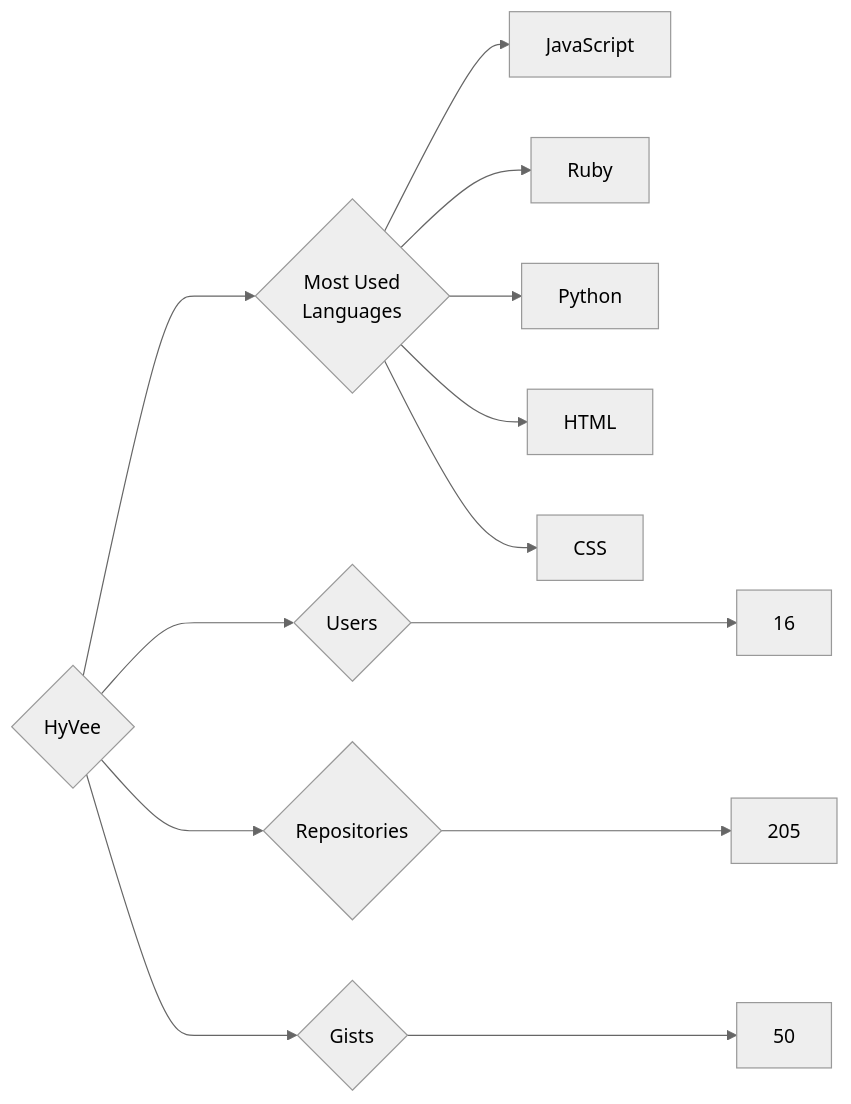
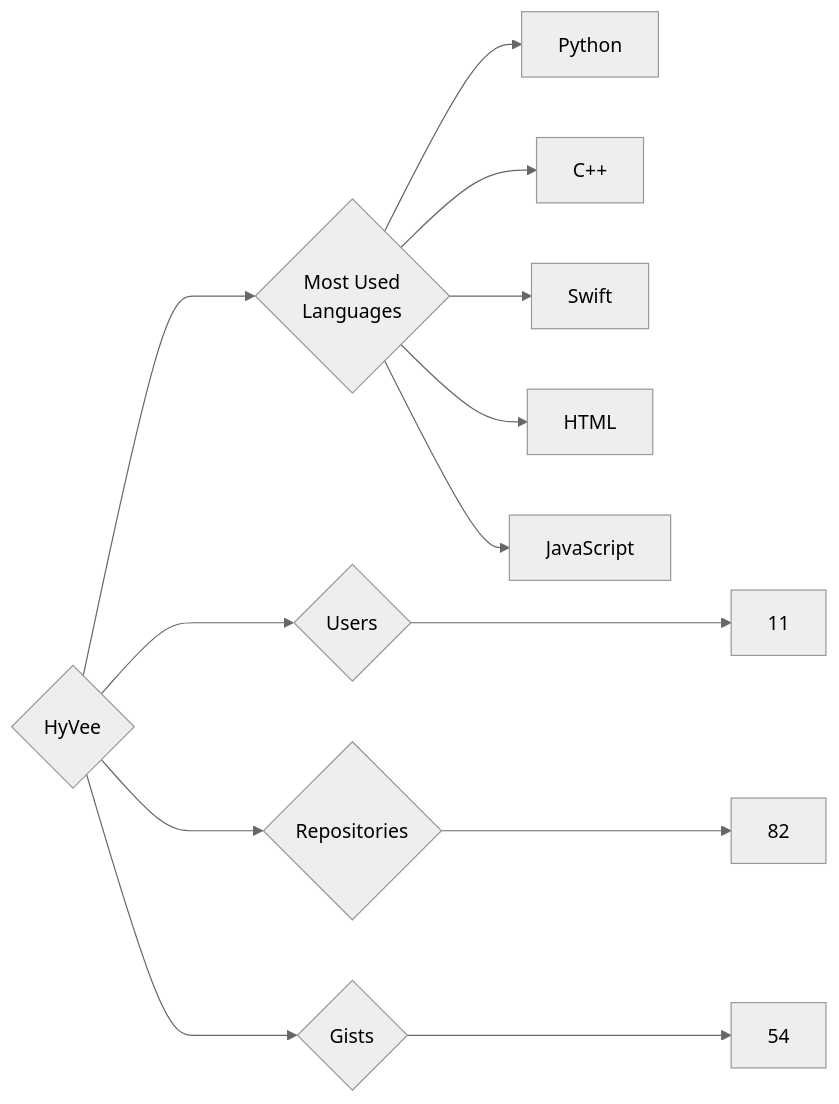
Before and after one commit to trickest/insiders: the diagram in targets/HyVee/README.md, drawn with Mermaid (neutral theme). The commit also changed 786 other files, not shown here.

````diff
--- a/targets/HyVee/README.md
+++ b/targets/HyVee/README.md
@@ -3,13 +3,13 @@
 ```mermaid
 graph LR
 COMPANY_NAME{HyVee}
-COMPANY_NAME ---> U{Users} ---> UN[16]
-COMPANY_NAME ---> R{Repositories} ---> RN[205]
-COMPANY_NAME ---> G{Gists} ---> GN[50]
+COMPANY_NAME ---> U{Users} ---> UN[11]
+COMPANY_NAME ---> R{Repositories} ---> RN[82]
+COMPANY_NAME ---> G{Gists} ---> GN[54]
 COMPANY_NAME ---> ML{Most Used<br>Languages}
+ML --> Python[Python]
+ML --> C++[C++]
+ML --> Swift[Swift]
+ML --> HTML[HTML]
 ML --> JavaScript[JavaScript]
-ML --> Ruby[Ruby]
-ML --> Python[Python]
-ML --> HTML[HTML]
-ML --> CSS[CSS]
 ```
````
